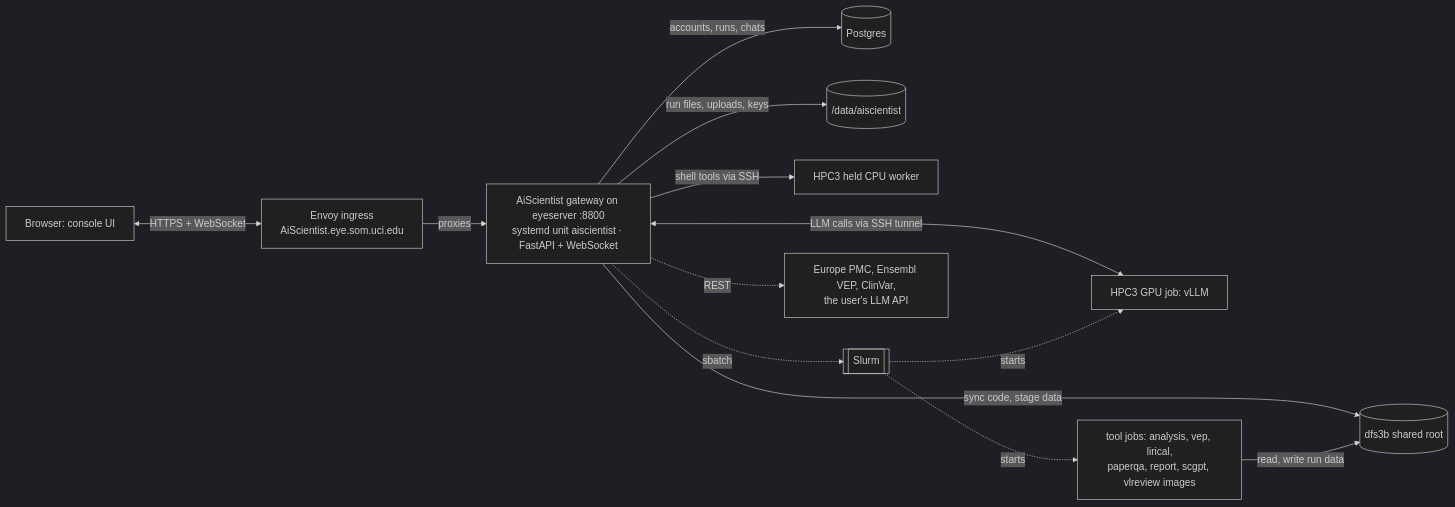
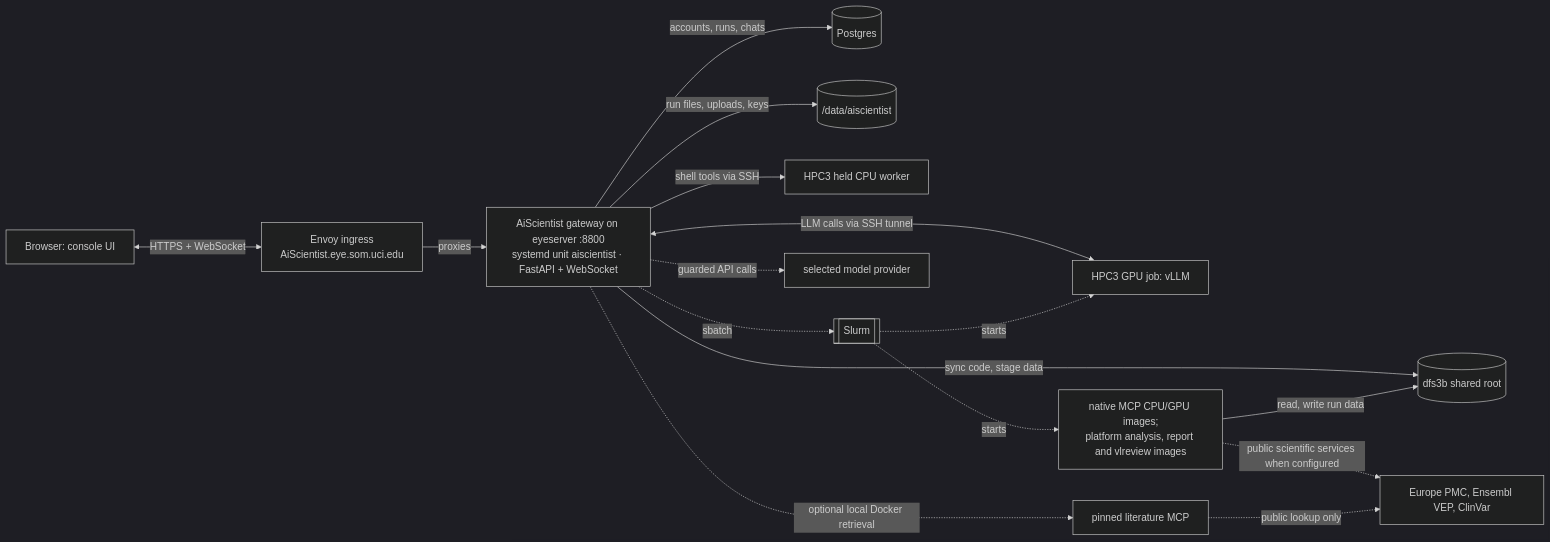
One commit to RCHENLAB/AiScientist changed the first of 4 diagrams in docs/architecture/README.md. Above: the diagram before and after it, drawn with Mermaid (dark theme). The commit also changed other lines of this file and 254 other files, not shown here.

Commit message:
Retire migrated scientific implementations after native website acceptance

````diff
--- a/docs/architecture/README.md
+++ b/docs/architecture/README.md
@@ -27,15 +29,18 @@
 ```mermaid
 flowchart LR
     browser["Browser: console UI"] <-->|"HTTPS + WebSocket"| envoy["Envoy ingress<br/>AiScientist.eye.som.uci.edu"]
     envoy -->|"proxies"| gw["AiScientist gateway on eyeserver :8800<br/>systemd unit aiscientist · FastAPI + WebSocket"]
     gw -->|"accounts, runs, chats"| pg[("Postgres")]
     gw -->|"run files, uploads, keys"| data[("/data/aiscientist")]
     gw -->|"sync code, stage data"| dfs[("dfs3b shared root")]
     gw <-->|"LLM calls via SSH tunnel"| vllm["HPC3 GPU job: vLLM"]
     gw -->|"shell tools via SSH"| worker["HPC3 held CPU worker"]
     gw -.->|"sbatch"| slurm[["Slurm"]]
-    slurm -.->|"starts"| jobs["tool jobs: analysis, vep, lirical,<br/>paperqa, report, scgpt, vlreview images"]
+    slurm -.->|"starts"| jobs["native MCP CPU/GPU images;<br/>platform analysis, report and vlreview images"]
     slurm -.->|"starts"| vllm
     jobs -->|"read, write run data"| dfs
-    gw -.->|"REST"| apis["Europe PMC, Ensembl VEP, ClinVar,<br/>the user's LLM API"]
+    jobs -.->|"public scientific services when configured"| apis["Europe PMC, Ensembl VEP, ClinVar"]
+    gw -.->|"optional local Docker retrieval"| local["pinned literature MCP"]
+    local -.->|"public lookup only"| apis
+    gw -.->|"guarded API calls"| llmapi["selected model provider"]
 ```
````
